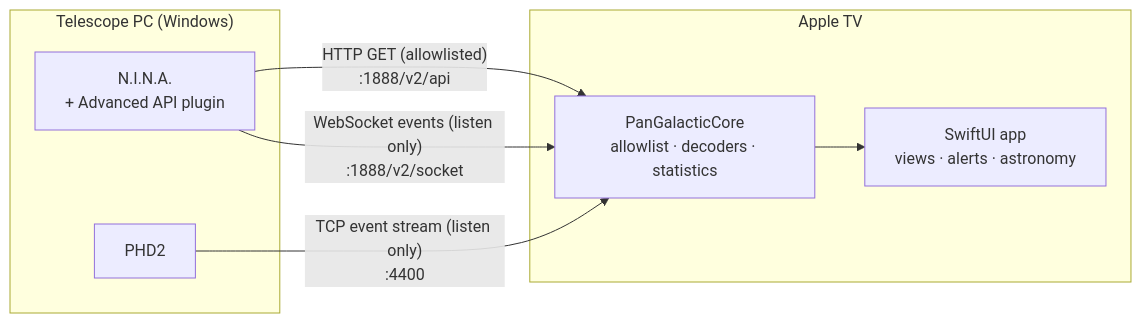
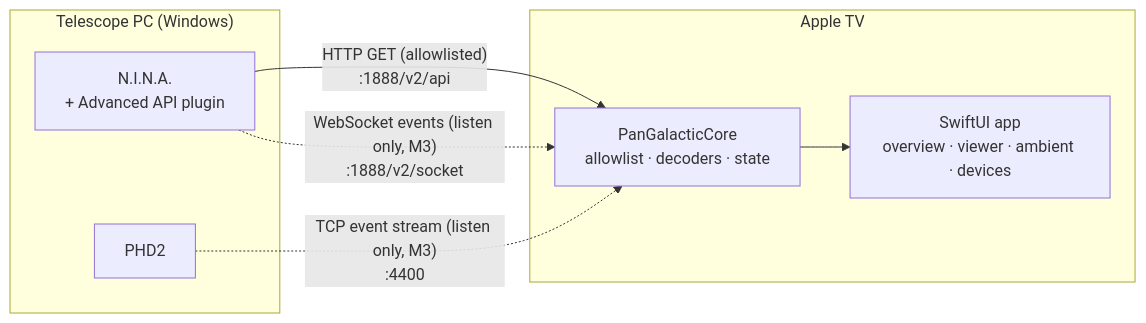
One commit to lindekai/PanGalacticNinaTV changed the diagram in README.md. Above: the diagram before and after it, drawn with Mermaid. The commit also changed other lines of this file and 15 other files, not shown here.

````diff
--- a/README.md
+++ b/README.md
@@ -49,15 +121,15 @@
 ```mermaid
 flowchart LR
     subgraph PC["Telescope PC (Windows)"]
         NINA["N.I.N.A.<br/>+ Advanced API plugin"]
         PHD2["PHD2"]
     end
     subgraph TV["Apple TV"]
-        Core["PanGalacticCore<br/>allowlist · decoders · statistics"]
-        App["SwiftUI app<br/>views · alerts · astronomy"]
+        Core["PanGalacticCore<br/>allowlist · decoders · state"]
+        App["SwiftUI app<br/>overview · viewer · ambient · devices"]
     end
     NINA -- "HTTP GET (allowlisted)<br/>:1888/v2/api" --> Core
-    NINA -- "WebSocket events (listen only)<br/>:1888/v2/socket" --> Core
-    PHD2 -- "TCP event stream (listen only)<br/>:4400" --> Core
+    NINA -. "WebSocket events (listen only, M3)<br/>:1888/v2/socket" .-> Core
+    PHD2 -. "TCP event stream (listen only, M3)<br/>:4400" .-> Core
     Core --> App
 ```
````
